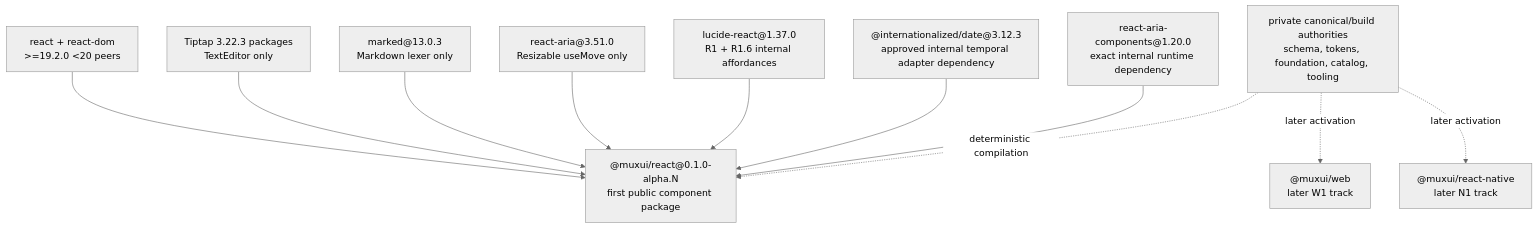
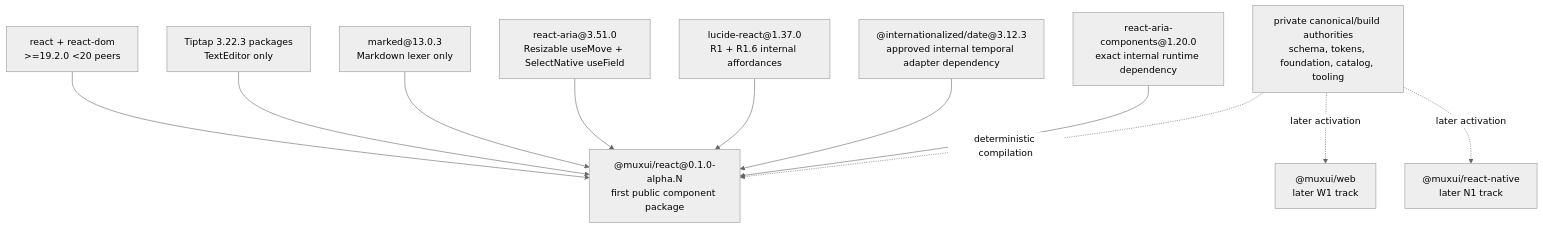
The second of 2 diagrams in strategy/monorepo-architecture.md (ndrewtran/muxui), drawn with Mermaid (neutral theme) before and after one commit. The commit also changed other lines of this file and 66 other files, not shown here.

First line of the commit message:
feat(react): add supplemental Avatar Image Text and SelectNative compone

````diff
--- a/strategy/monorepo-architecture.md
+++ b/strategy/monorepo-architecture.md
@@ -1148,25 +1150,25 @@
 ```mermaid
 flowchart TD
   canonical["private canonical/build authorities\nschema, tokens, foundation, catalog, tooling"]
   react["@muxui/react@0.1.0-alpha.N\nfirst public component package"]
   aria["react-aria-components@1.20.0\nexact internal runtime dependency"]
   temporal["@internationalized/date@3.12.3\napproved internal temporal adapter dependency"]
   lucide["lucide-react@1.37.0\nR1 + R1.6 internal affordances"]
-  resizable["react-aria@3.51.0\nResizable useMove only"]
+  resizable["react-aria@3.51.0\nResizable useMove + SelectNative useField"]
   markdown["marked@13.0.3\nMarkdown lexer only"]
   editor["Tiptap 3.22.3 packages\nTextEditor only"]
   peers["react + react-dom\n>=19.2.0 <20 peers"]
   web["@muxui/web\nlater W1 track"]
   native["@muxui/react-native\nlater N1 track"]
 
   canonical -. deterministic compilation .-> react
   aria --> react
   temporal --> react
   lucide --> react
   resizable --> react
   markdown --> react
   editor --> react
   peers --> react
   canonical -. later activation .-> web
   canonical -. later activation .-> native
 ```
````
